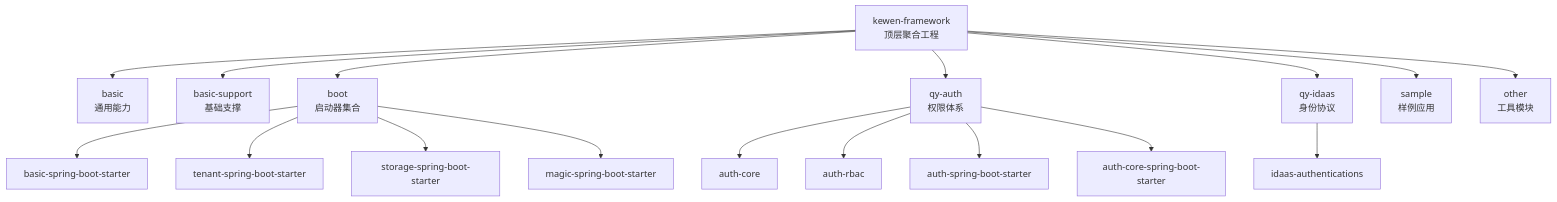
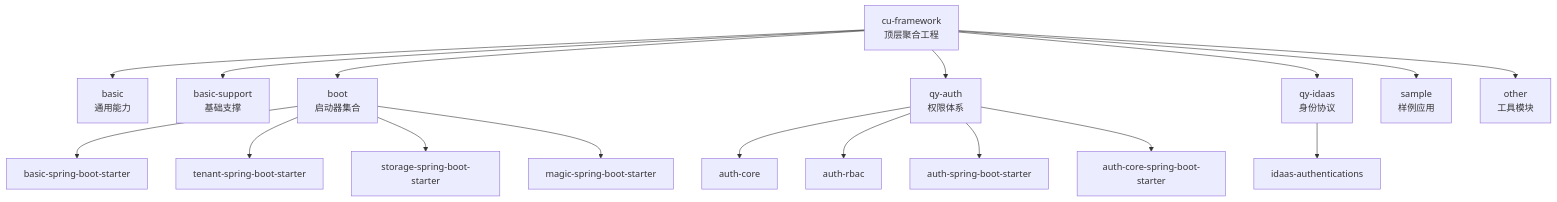
One commit to LiukewenSC/kewen-framework changed the first of 6 diagrams in .qoder/repowiki/zh/content/架构设计.md. Above: the diagram before and after it, drawn with Mermaid. The commit also changed other lines of this file and 764 other files, not shown here.

````diff
--- a/.qoder/repowiki/zh/content/架构设计.md
+++ b/.qoder/repowiki/zh/content/架构设计.md
@@ -63,19 +63,19 @@
 ```mermaid
 graph TB
-root["kewen-framework<br/>顶层聚合工程"] --> basic_mod["basic<br/>通用能力"]
+root["cu-framework<br/>顶层聚合工程"] --> basic_mod["basic<br/>通用能力"]
 root --> bs_mod["basic-support<br/>基础支撑"]
 root --> boot_mod["boot<br/>启动器集合"]
 root --> qya_mod["qy-auth<br/>权限体系"]
 root --> qyi_mod["qy-idaas<br/>身份协议"]
 root --> sample_mod["sample<br/>样例应用"]
 root --> other_mod["other<br/>工具模块"]
 boot_mod --> basic_starter["basic-spring-boot-starter"]
 boot_mod --> tenant_starter["tenant-spring-boot-starter"]
 boot_mod --> storage_starter["storage-spring-boot-starter"]
 boot_mod --> magic_starter["magic-spring-boot-starter"]
 qya_mod --> auth_core["auth-core"]
 qya_mod --> auth_rbac["auth-rbac"]
 qya_mod --> auth_boot["auth-spring-boot-starter"]
 qya_mod --> auth_core_boot["auth-core-spring-boot-starter"]
 qyi_mod --> idaas_mod["idaas-authentications"]
 ```
````
